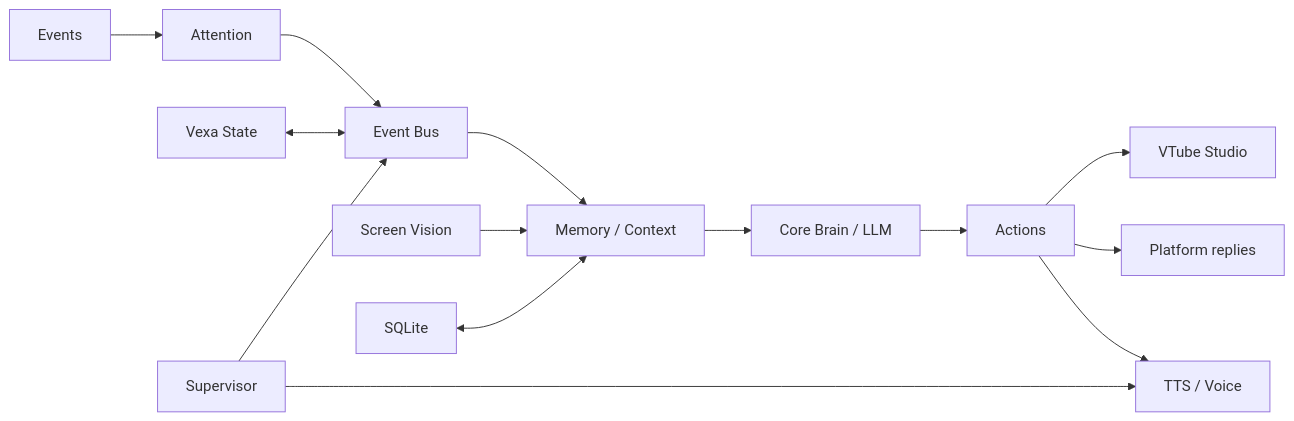
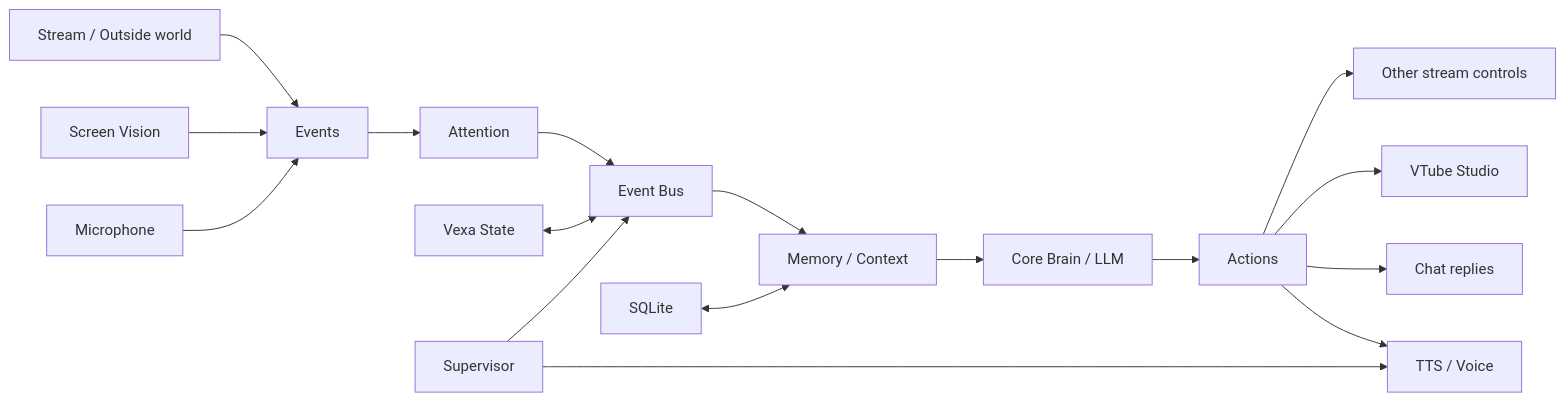
The first of 6 diagrams in README.md (Agro4221/Vexa), drawn with Mermaid before and after one commit. The commit also changed other lines of this file, not shown here.

```diff
--- a/README.md
+++ b/README.md
@@ -13,17 +26,21 @@
 ~~~mermaid
 flowchart LR
-    EV["Events"] --> AT["Attention"]
-    AT --> BUS["Event Bus"]
+    WORLD["Stream / Outside world"] --> EVENTS["Events"]
+    EVENTS --> ATT["Attention"]
+    ATT --> BUS["Event Bus"]
     BUS --> MEM["Memory / Context"]
     MEM --> BRAIN["Core Brain / LLM"]
     BRAIN --> ACT["Actions"]
+
     ACT --> VOICE["TTS / Voice"]
-    ACT --> CHAT["Platform replies"]
+    ACT --> CHAT["Chat replies"]
     ACT --> VTS["VTube Studio"]
+    ACT --> STREAM["Other stream controls"]
 
-    SCREEN["Screen Vision"] --> MEM
+    SCREEN["Screen Vision"] --> EVENTS
+    MIC["Microphone"] --> EVENTS
     STATE["Vexa State"] <--> BUS
     DB["SQLite"] <--> MEM
     SUP["Supervisor"] --> BUS
     SUP --> VOICE
 ~~~
```
